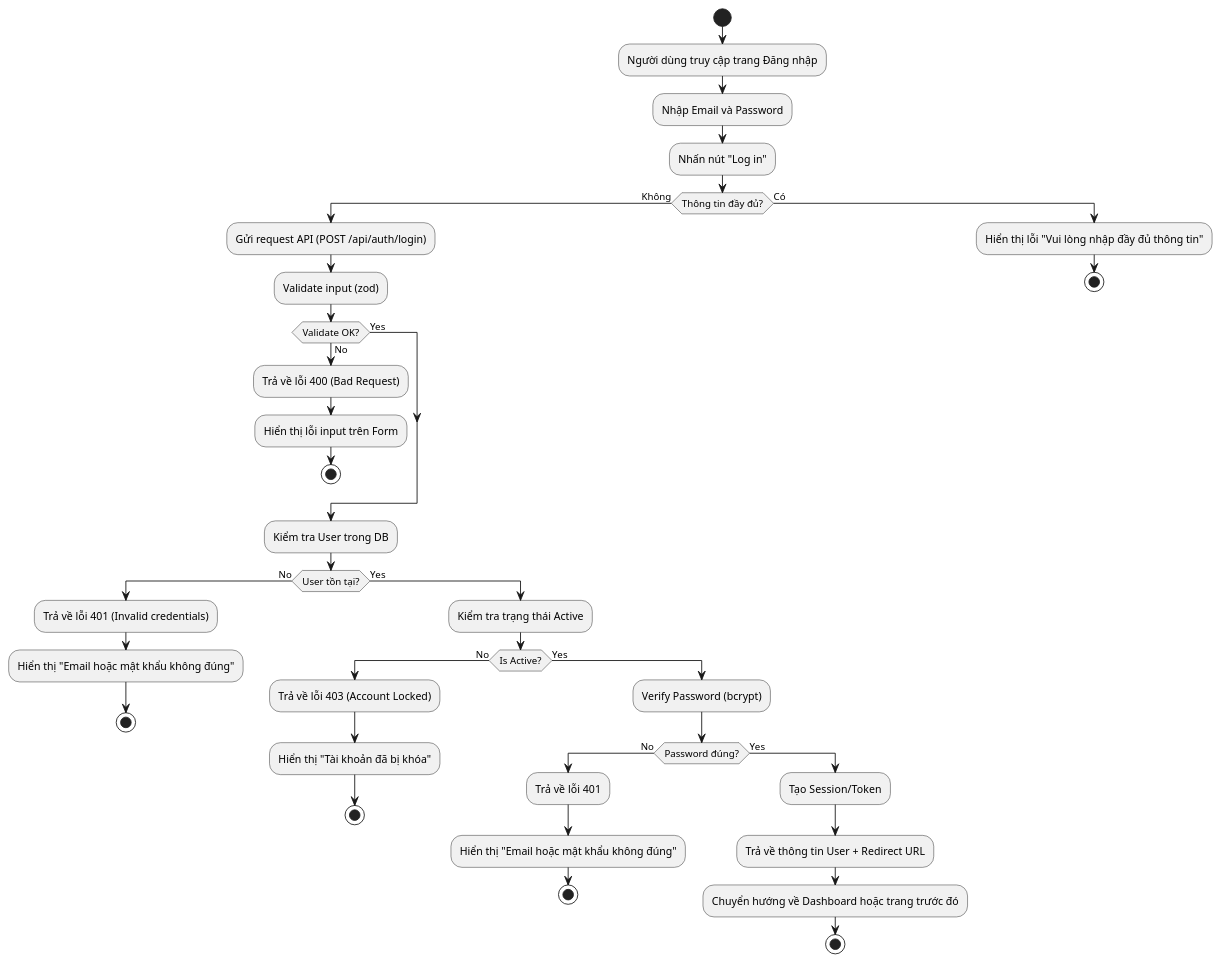
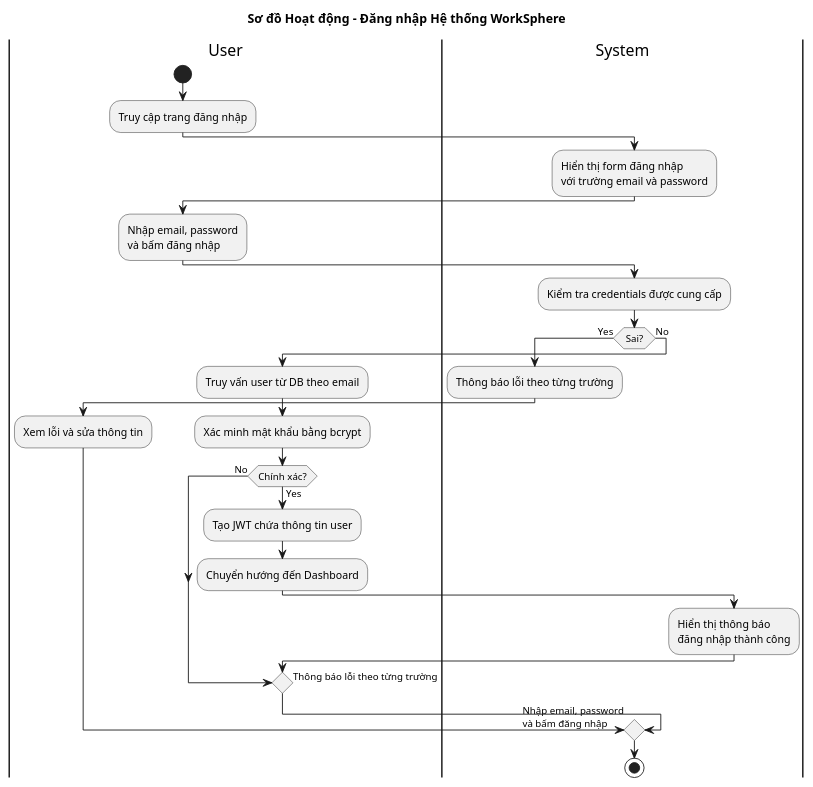
The diagram in docs/activity/01_login.md (docuong039/worksphere), drawn with PlantUML before and after one commit. The commit also changed other lines of this file and 133 other files, not shown here.

````diff
--- a/docs/activity/01_login.md
+++ b/docs/activity/01_login.md
@@ -5,51 +9,47 @@
 ```plantuml
 @startuml
+title Sơ đồ Hoạt động - Đăng nhập Hệ thống WorkSphere
+
+|User|
 start
+:Truy cập trang đăng nhập;
 
-:Người dùng truy cập trang Đăng nhập;
-:Nhập Email và Password;
-:Nhấn nút "Log in";
+|System|
+:Hiển thị form đăng nhập
+với trường email và password;
 
-if (Thông tin đầy đủ?) then (Không)
-  :Gửi request API (POST /api/auth/login);
-  :Validate input (zod);
-  if (Validate OK?) then (No)
-    :Trả về lỗi 400 (Bad Request);
-    :Hiển thị lỗi input trên Form;
-    stop
-  else (Yes)
-  endif
-  
-  :Kiểm tra User trong DB;
-  
-  if (User tồn tại?) then (No)
-     :Trả về lỗi 401 (Invalid credentials);
-     :Hiển thị "Email hoặc mật khẩu không đúng";
-     stop
-  else (Yes)
-     :Kiểm tra trạng thái Active;
-     if (Is Active?) then (No)
-        :Trả về lỗi 403 (Account Locked);
-        :Hiển thị "Tài khoản đã bị khóa";
-        stop
-     else (Yes)
-        :Verify Password (bcrypt);
-        if (Password đúng?) then (No)
-           :Trả về lỗi 401;
-           :Hiển thị "Email hoặc mật khẩu không đúng";
-           stop
-        else (Yes)
-           :Tạo Session/Token;
-           :Trả về thông tin User + Redirect URL;
-           :Chuyển hướng về Dashboard hoặc trang trước đó;
-           stop
-        endif
-     endif
-  endif
-else (Có)
-  :Hiển thị lỗi "Vui lòng nhập đầy đủ thông tin";
-  stop
+|User|
+:Nhập email, password
+và bấm đăng nhập;
+
+|System|
+:Kiểm tra credentials được cung cấp;
+
+if (Sai?) then (Yes)
+    :Thông báo lỗi theo từng trường;
+    |User|
+    :Xem lỗi và sửa thông tin;
+    -> Nhập email, password
+và bấm đăng nhập;
+else (No)
+    :Truy vấn user từ DB theo email;
+    :Xác minh mật khẩu bằng bcrypt;
+
+    if (Chính xác?) then (Yes)
+        :Tạo JWT chứa thông tin user;
+
+        |User|
+        :Chuyển hướng đến Dashboard;
+
+        |System|
+        :Hiển thị thông báo
+đăng nhập thành công;
+    else (No)
+        -> Thông báo lỗi theo từng trường;
+    endif
 endif
+
+stop
 
 @enduml
 ```
````
